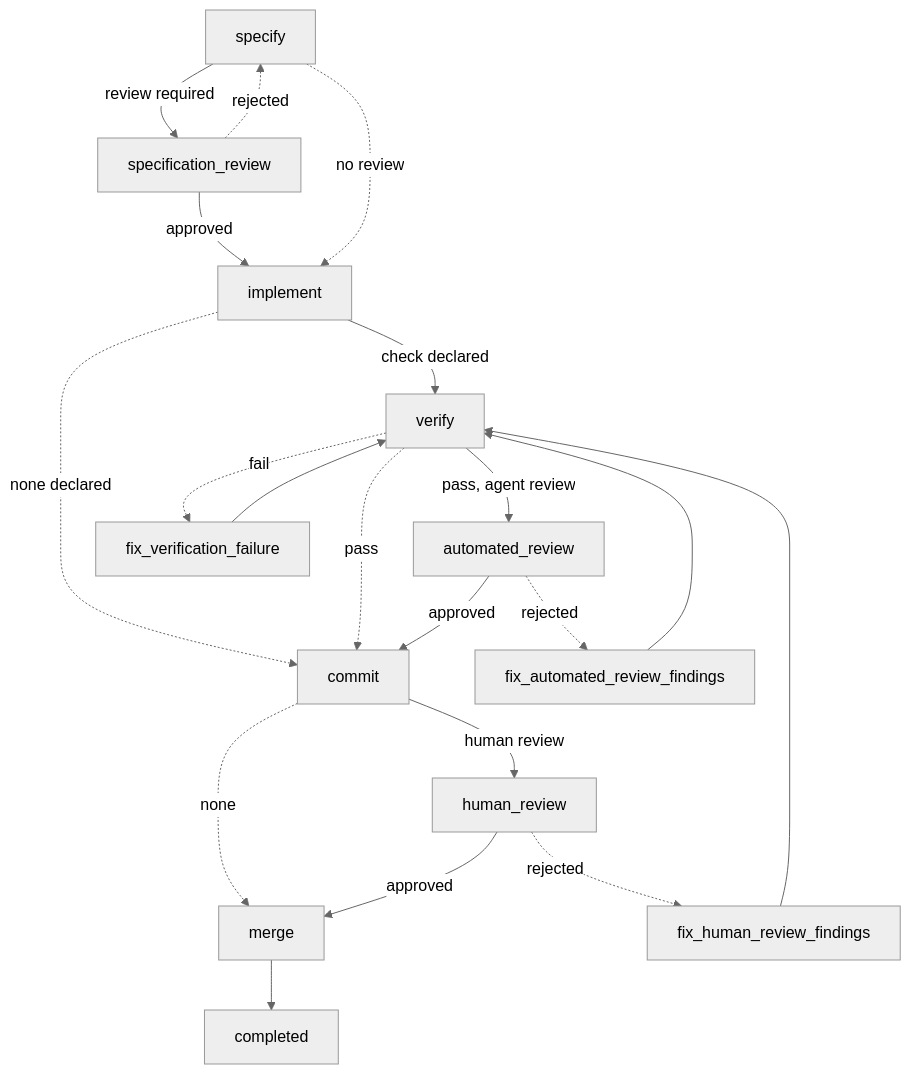
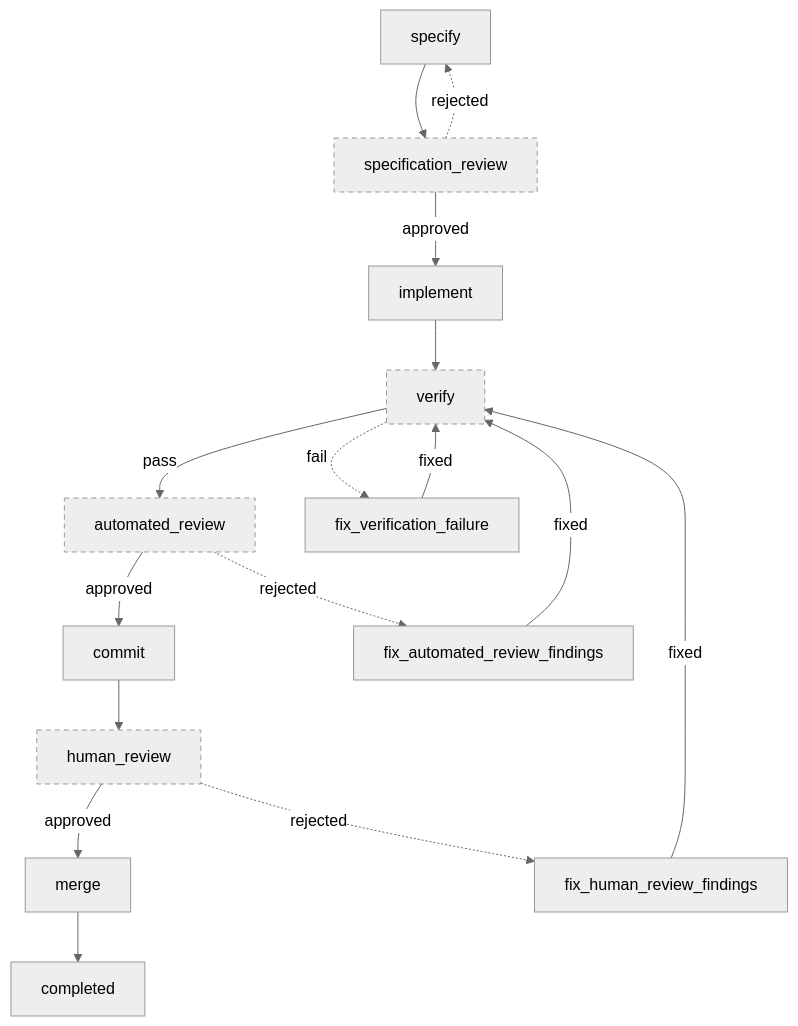
The diagram in README.md (mhmdkzr/taskman), drawn with Mermaid (neutral theme) before and after one commit. The commit also changed other lines of this file, not shown here.

Commit message:
docs: simplify workflow diagram into a single view

````diff
--- a/README.md
+++ b/README.md
@@ -57,22 +58,20 @@
 ```mermaid
 flowchart TD
-    specify -->|"review required"| specification_review
+    specify --> specification_review
     specification_review -->|approved| implement
     specification_review -.->|rejected| specify
-    specify -.->|no review| implement
-    implement -->|"check declared"| verify
-    implement -.->|none declared| commit
-    verify -->|"pass, agent review"| automated_review
-    verify -.->|pass| commit
+    implement --> verify
+    verify -->|pass| automated_review
     verify -.->|fail| fix_verification_failure
-    fix_verification_failure --> verify
+    fix_verification_failure -->|fixed| verify
     automated_review -->|approved| commit
     automated_review -.->|rejected| fix_automated_review_findings
-    fix_automated_review_findings --> verify
-    commit -->|"human review"| human_review
-    commit -.->|none| merge
+    fix_automated_review_findings -->|fixed| verify
+    commit --> human_review
     human_review -->|approved| merge
     human_review -.->|rejected| fix_human_review_findings
-    fix_human_review_findings --> verify
+    fix_human_review_findings -->|fixed| verify
     merge --> completed
+    classDef optional stroke-dasharray: 5 4
+    class specification_review,verify,automated_review,human_review optional
 ```
````
